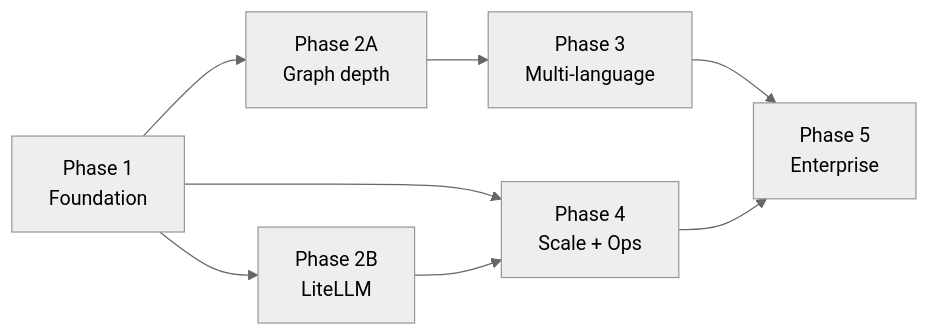
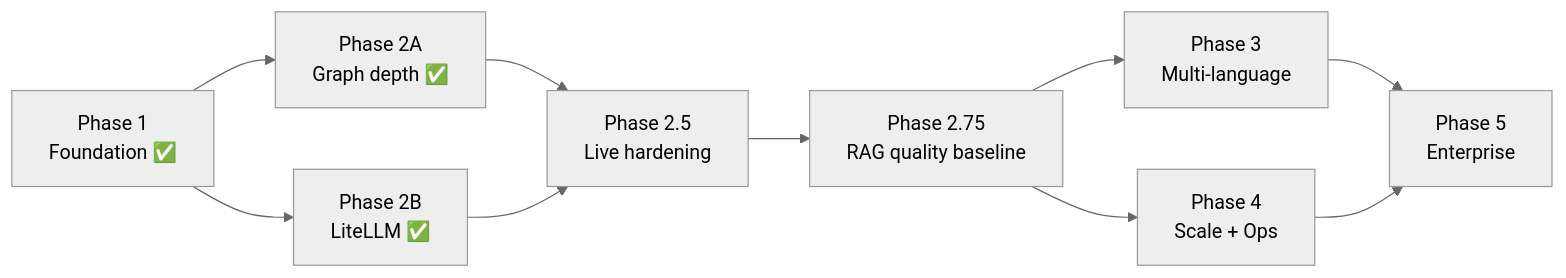
One commit to sankar-ramamoorthy/rag-foundry-universal changed the diagram in DOCS/audit/07-Roadmap.md. Above: the diagram before and after it, drawn with Mermaid (neutral theme). The commit also changed other lines of this file and 3 other files, not shown here.

First line of the commit message:
Add RAG quality evaluation methodology; reconcile roadmap with shipped work

````diff
--- a/DOCS/audit/07-Roadmap.md
+++ b/DOCS/audit/07-Roadmap.md
@@ -90,10 +114,12 @@
 ```mermaid
 graph LR
-  P1[Phase 1<br/>Foundation] --> P2A[Phase 2A<br/>Graph depth]
-  P1 --> P2B[Phase 2B<br/>LiteLLM]
-  P2A --> P3[Phase 3<br/>Multi-language]
-  P1 --> P4[Phase 4<br/>Scale + Ops]
-  P2B --> P4
+  P1[Phase 1<br/>Foundation ✅] --> P2A[Phase 2A<br/>Graph depth ✅]
+  P1 --> P2B[Phase 2B<br/>LiteLLM ✅]
+  P2A --> P25[Phase 2.5<br/>Live hardening]
+  P2B --> P25
+  P25 --> P275[Phase 2.75<br/>RAG quality baseline]
+  P275 --> P3[Phase 3<br/>Multi-language]
+  P275 --> P4[Phase 4<br/>Scale + Ops]
   P3 --> P5[Phase 5<br/>Enterprise]
   P4 --> P5
 ```
````
